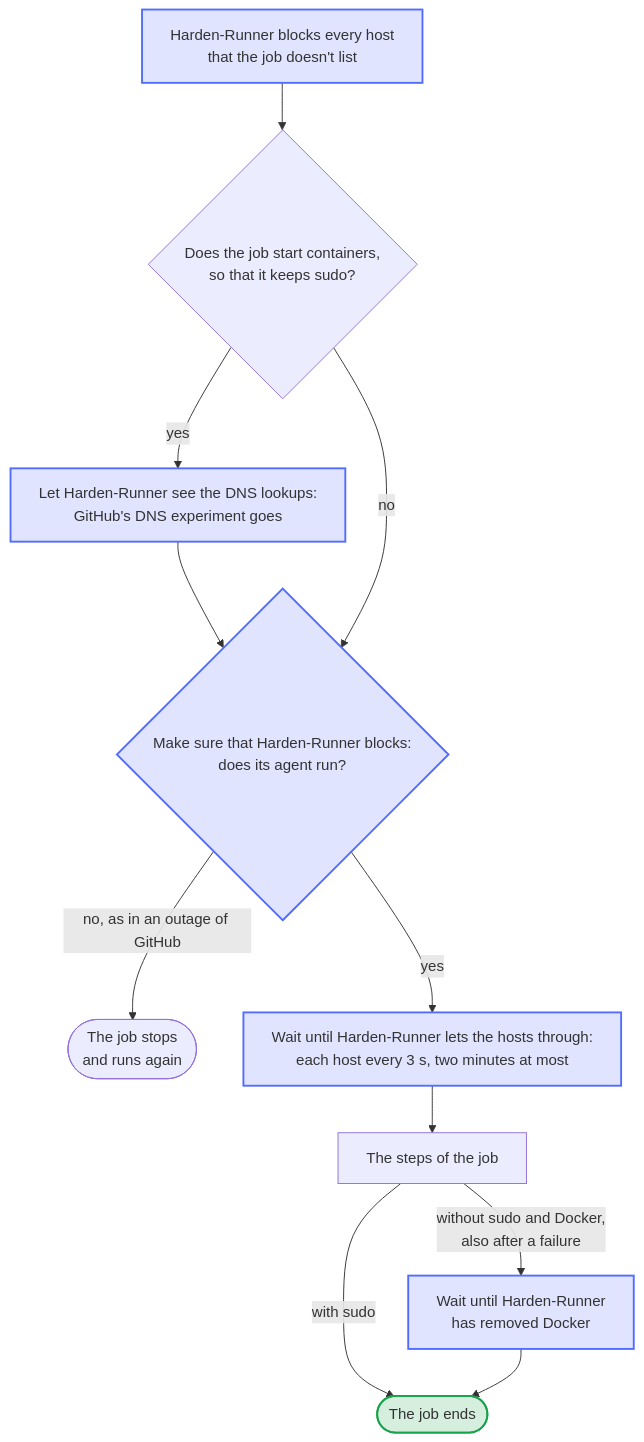
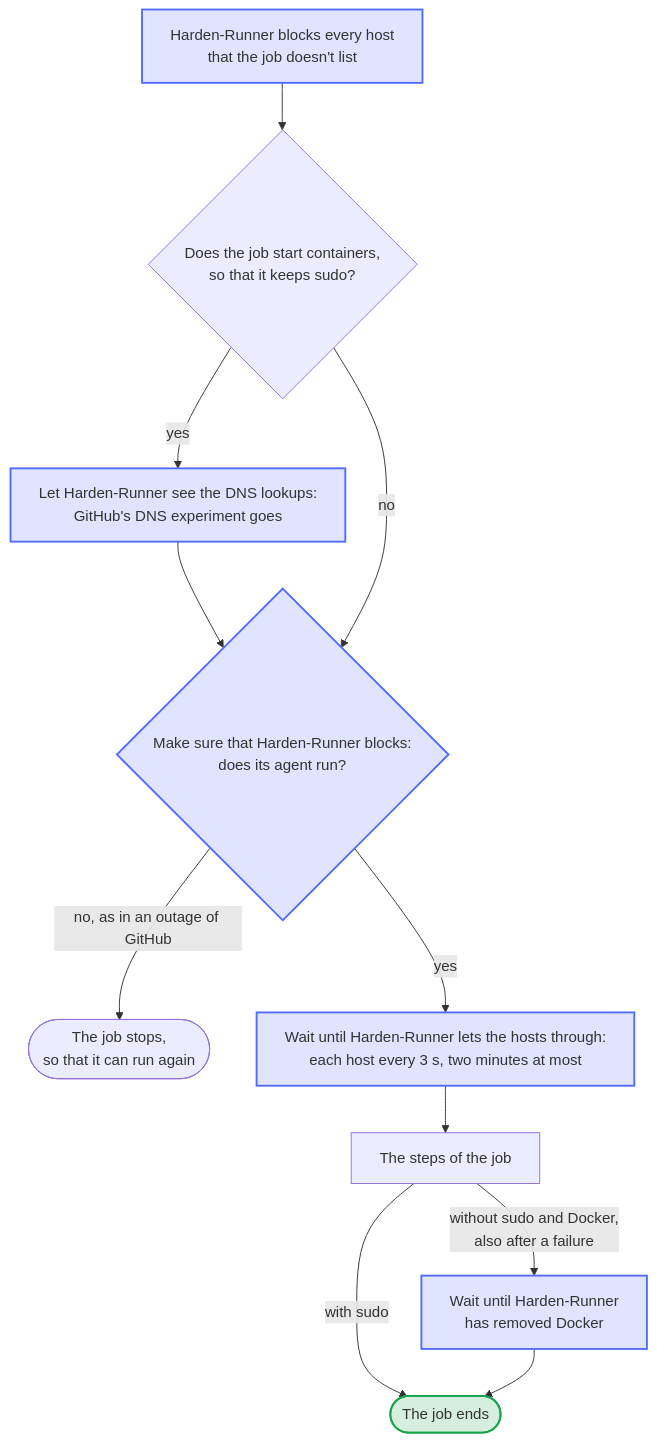
Before and after one commit to Dennis-Otto/homedarts-for-autodarts: the diagram in docs/diagrams/job-behind-harden-runner.en.mmd, drawn with Mermaid. The commit also changed 8 other files, not shown here.

```diff
--- a/docs/diagrams/job-behind-harden-runner.en.mmd
+++ b/docs/diagrams/job-behind-harden-runner.en.mmd
@@ -1,22 +1,22 @@
 ---
 config:
   flowchart:
     wrappingWidth: 400
 ---
 flowchart TB
   accTitle: The steps of a job behind Harden-Runner
-  accDescr: Harden-Runner blocks every host that the job doesn't list. A job that starts containers keeps sudo, and takes GitHub's DNS experiment away. Every job then makes sure that the agent of Harden-Runner blocks, and stops when it doesn't, to run again. It asks its hosts every 3 seconds, for two minutes at most, until Harden-Runner lets them through, and runs its steps. A job without sudo and Docker ends only after Harden-Runner has removed Docker, also after a failure.
+  accDescr: Harden-Runner blocks every host that the job doesn't list. A job that starts containers keeps sudo, and takes GitHub's DNS experiment away. Every job then makes sure that the agent of Harden-Runner blocks, and stops when it doesn't, so that it can run again. It asks its hosts every 3 seconds, for two minutes at most, until Harden-Runner lets them through, and runs its steps. A job without sudo and Docker ends only after Harden-Runner has removed Docker, also after a failure.
   BLOCK["Harden-Runner blocks every host<br/>that the job doesn't list"] --> SUDO{"Does the job start containers,<br/>so that it keeps sudo?"}
   SUDO -- "yes" --> LOOKUPS["Let Harden-Runner see the DNS lookups:<br/>GitHub's DNS experiment goes"]
   LOOKUPS --> SURE
   SUDO -- "no" --> SURE{"Make sure that Harden-Runner blocks:<br/>does its agent run?"}
-  SURE -- "no, as in an outage of GitHub" --> STOP(["The job stops<br/>and runs again"])
+  SURE -- "no, as in an outage of GitHub" --> STOP(["The job stops,<br/>so that it can run again"])
   SURE -- "yes" --> WAIT["Wait until Harden-Runner lets the hosts through:<br/>each host every 3 s, two minutes at most"]
   WAIT --> STEPS["The steps of the job"]
   STEPS -- "with sudo" --> END(["The job ends"])
   STEPS -- "without sudo and Docker,<br/>also after a failure" --> DOCKER["Wait until Harden-Runner<br/>has removed Docker"]
   DOCKER --> END
   classDef bot fill:#526cfe2e,stroke:#526cfe,stroke-width:2px
   classDef done fill:#16a34a2e,stroke:#16a34a,stroke-width:2px
   class BLOCK,LOOKUPS,SURE,WAIT,DOCKER bot
   class END done
```
